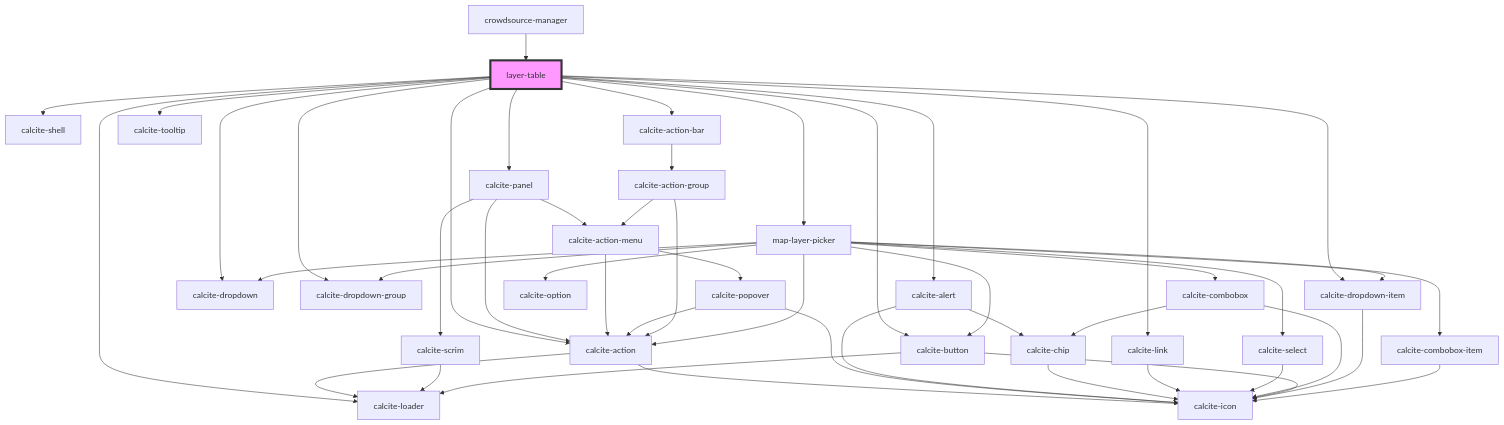
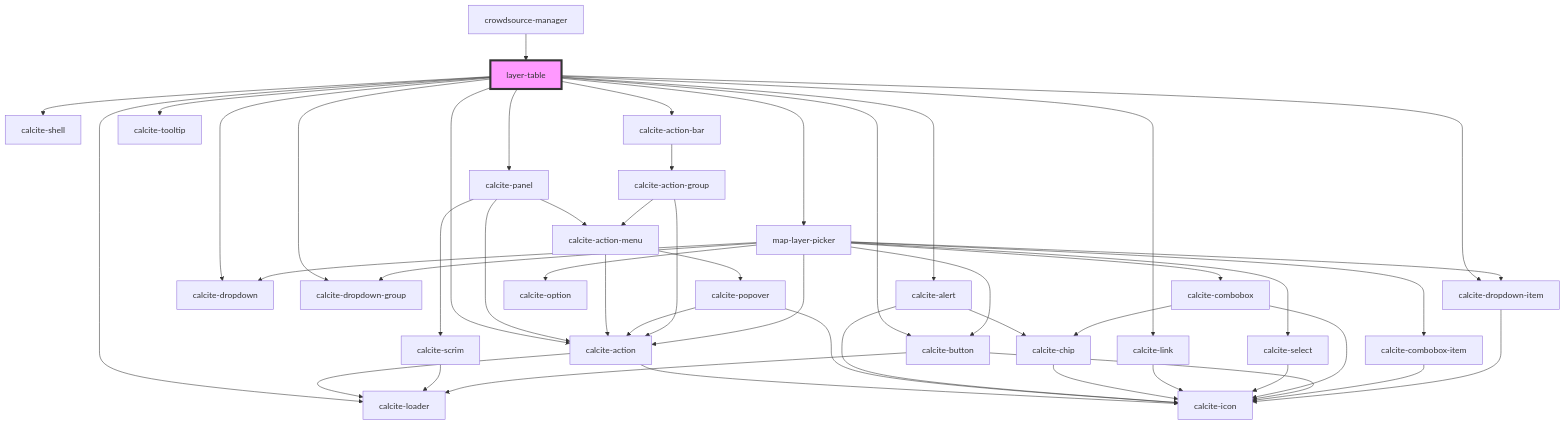
One commit to Esri/solutions-components changed the diagram in src/components/layer-table/readme.md. Above: the diagram before and after it, drawn with Mermaid. The commit also changed other lines of this file and 12 other files, not shown here.

````diff
--- a/src/components/layer-table/readme.md
+++ b/src/components/layer-table/readme.md
@@ -58,51 +58,51 @@
 ```mermaid
 graph TD;
   layer-table --> calcite-shell
   layer-table --> calcite-panel
   layer-table --> calcite-loader
   layer-table --> calcite-alert
   layer-table --> calcite-link
   layer-table --> calcite-action-bar
   layer-table --> map-layer-picker
   layer-table --> calcite-action
   layer-table --> calcite-tooltip
   layer-table --> calcite-button
   layer-table --> calcite-dropdown
   layer-table --> calcite-dropdown-group
   layer-table --> calcite-dropdown-item
   calcite-panel --> calcite-action
   calcite-panel --> calcite-action-menu
   calcite-panel --> calcite-scrim
   calcite-action --> calcite-loader
   calcite-action --> calcite-icon
   calcite-action-menu --> calcite-action
   calcite-action-menu --> calcite-popover
   calcite-popover --> calcite-action
   calcite-popover --> calcite-icon
   calcite-scrim --> calcite-loader
   calcite-alert --> calcite-icon
   calcite-alert --> calcite-chip
   calcite-chip --> calcite-icon
   calcite-link --> calcite-icon
   calcite-action-bar --> calcite-action-group
   calcite-action-group --> calcite-action-menu
   calcite-action-group --> calcite-action
   map-layer-picker --> calcite-select
   map-layer-picker --> calcite-combobox
   map-layer-picker --> calcite-dropdown
   map-layer-picker --> calcite-action
   map-layer-picker --> calcite-button
   map-layer-picker --> calcite-dropdown-group
+  map-layer-picker --> calcite-combobox-item
+  map-layer-picker --> calcite-option
   map-layer-picker --> calcite-dropdown-item
-  map-layer-picker --> calcite-option
-  map-layer-picker --> calcite-combobox-item
   calcite-select --> calcite-icon
   calcite-combobox --> calcite-chip
   calcite-combobox --> calcite-icon
   calcite-button --> calcite-loader
   calcite-button --> calcite-icon
+  calcite-combobox-item --> calcite-icon
   calcite-dropdown-item --> calcite-icon
-  calcite-combobox-item --> calcite-icon
   crowdsource-manager --> layer-table
   style layer-table fill:#f9f,stroke:#333,stroke-width:4px
 ```
````
